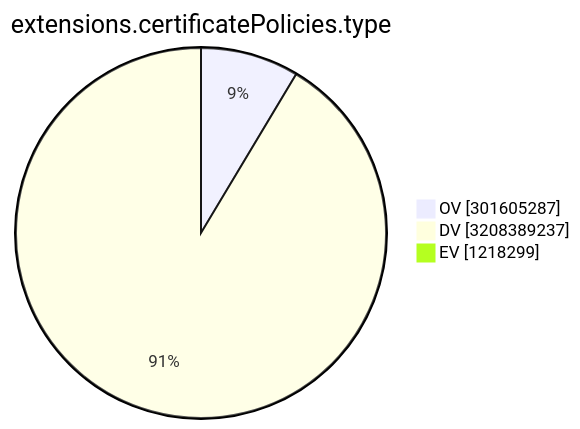
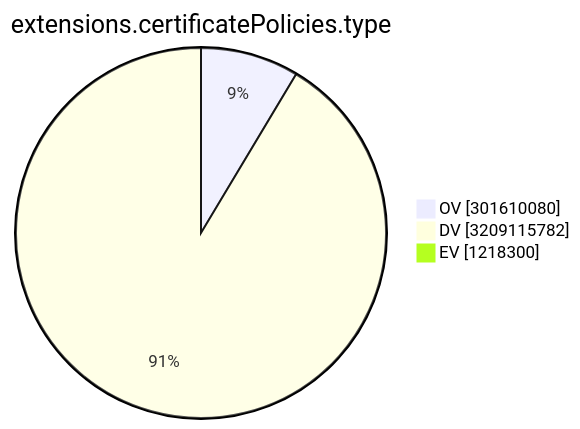
Before and after one commit to christiankrug/ctmonitor_visualization: the ninth of 15 diagrams in TOTAL/README.md, drawn with Mermaid. The commit also changed other lines of this file, not shown here.

````diff
--- a/TOTAL/README.md
+++ b/TOTAL/README.md
@@ -3106,7 +3106,7 @@
 ```mermaid
 pie showData
 title extensions.certificatePolicies.type
-"OV" :301605287
-"DV" :3208389237
-"EV" :1218299
+"OV" :301610080
+"DV" :3209115782
+"EV" :1218300
 ```
````
